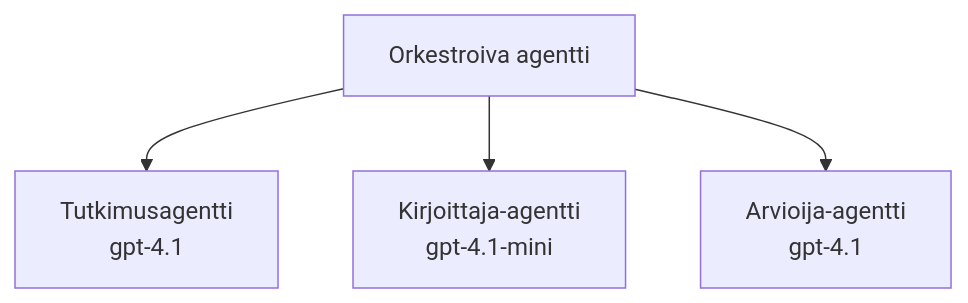
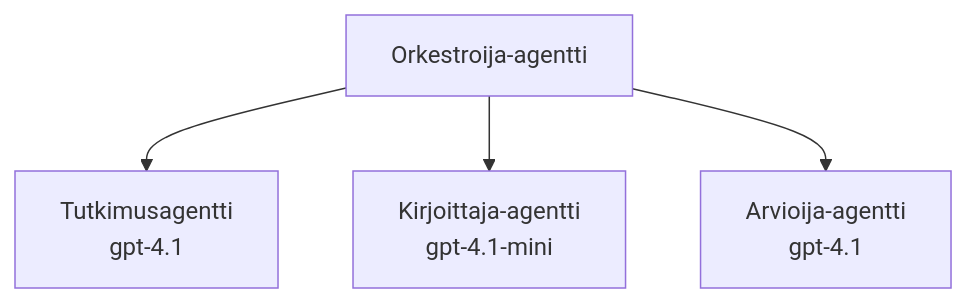
One commit to microsoft/AZD-for-beginners changed the third of 3 diagrams in translations/fi/docs/chapter-02-ai-development/agents.md. Above: the diagram before and after it, drawn with Mermaid. The commit also changed other lines of this file and 104 other files, not shown here.

````diff
--- a/translations/fi/docs/chapter-02-ai-development/agents.md
+++ b/translations/fi/docs/chapter-02-ai-development/agents.md
@@ -194,6 +201,6 @@
 ```mermaid
 graph TD
-    Orchestrator[Orkestroiva agentti] --> Research[Tutkimusagentti<br/>gpt-4.1]
+    Orchestrator[Orkestroija-agentti] --> Research[Tutkimusagentti<br/>gpt-4.1]
     Orchestrator --> Writer[Kirjoittaja-agentti<br/>gpt-4.1-mini]
     Orchestrator --> Reviewer[Arvioija-agentti<br/>gpt-4.1]
 ```
````
